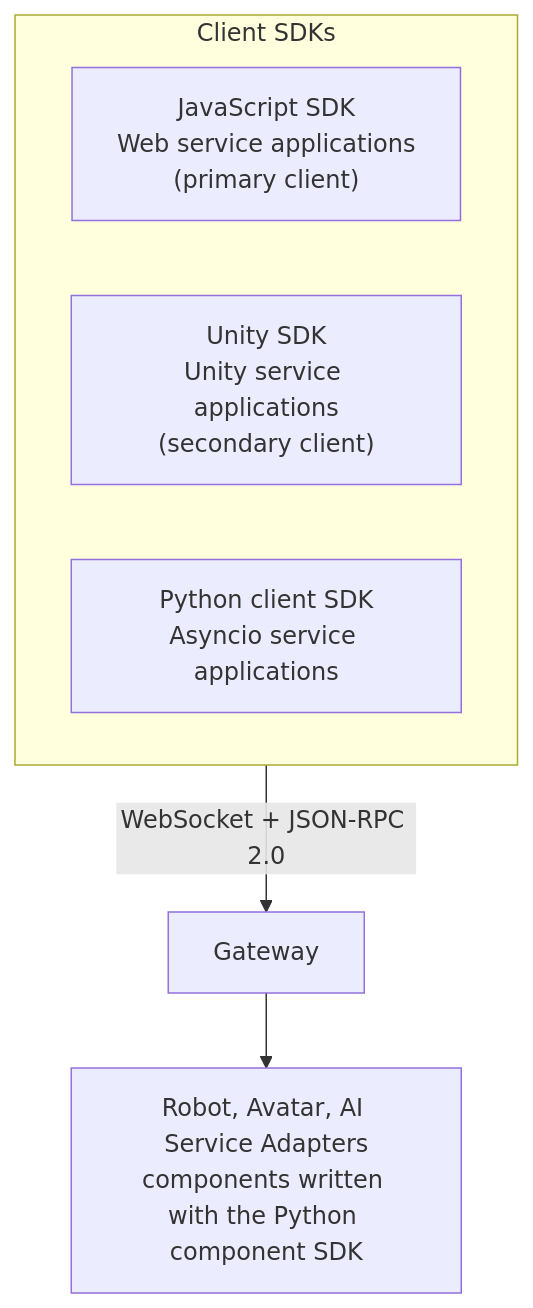
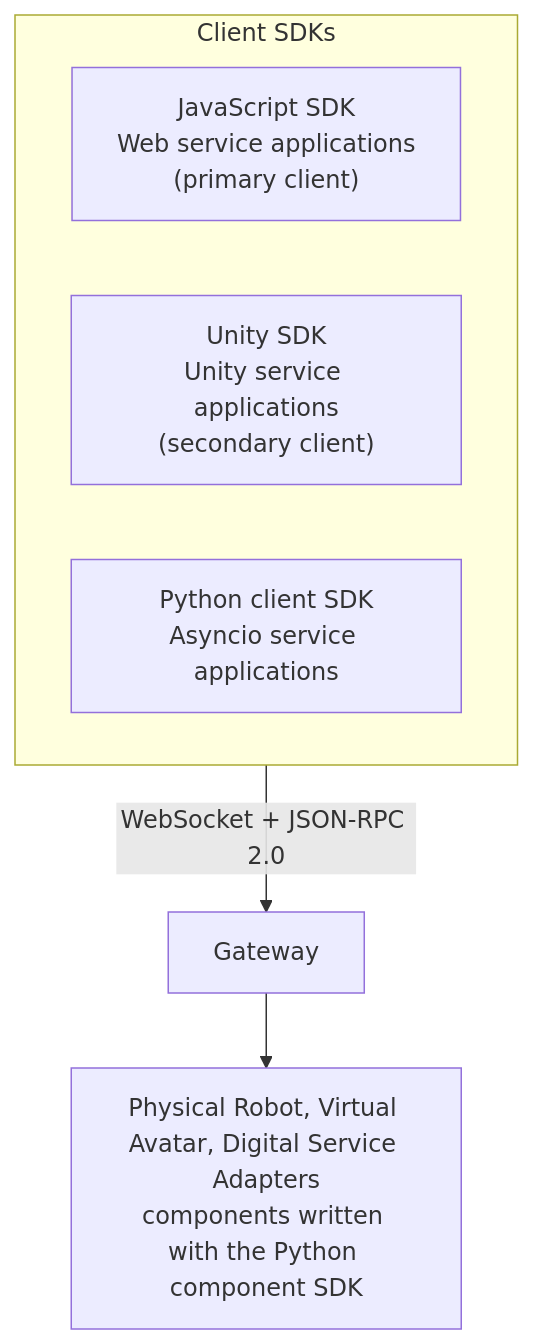
Before and after one commit to openrois/openrois: the eighth of 18 diagrams in docs/white-paper.md, drawn with Mermaid. The commit also changed other lines of this file and 22 other files, not shown here.

First line of the commit message:
docs: align vocabulary, citation and diagrams with the camera-ready paper

````diff
--- a/docs/white-paper.md
+++ b/docs/white-paper.md
@@ -656,12 +656,12 @@
 ```mermaid
 flowchart TB
     subgraph SDKs["Client SDKs"]
         direction LR
         TS["JavaScript SDK<br/>Web service applications<br/>(primary client)"]
         Unity["Unity SDK<br/>Unity service applications<br/>(secondary client)"]
         PyClient["Python client SDK<br/>Asyncio service applications"]
     end
 
     SDKs -->|"WebSocket + JSON-RPC 2.0"| Gateway["Gateway"]
-    Gateway --> Adapters["Robot, Avatar, AI Service Adapters<br/>components written with the Python component SDK"]
+    Gateway --> Adapters["Physical Robot, Virtual Avatar, Digital Service Adapters<br/>components written with the Python component SDK"]
 ```
````
